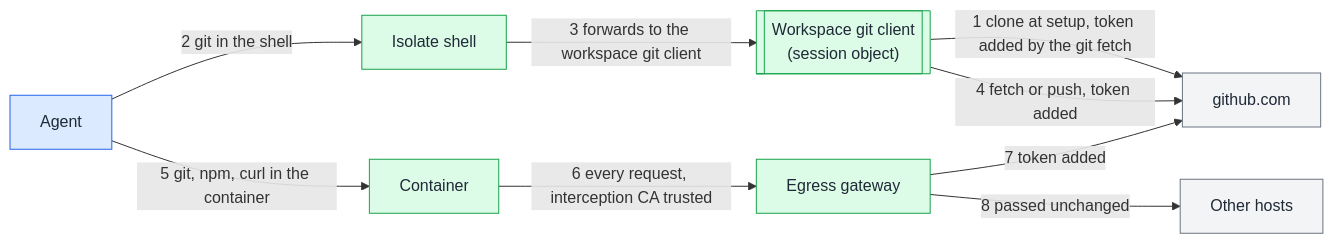
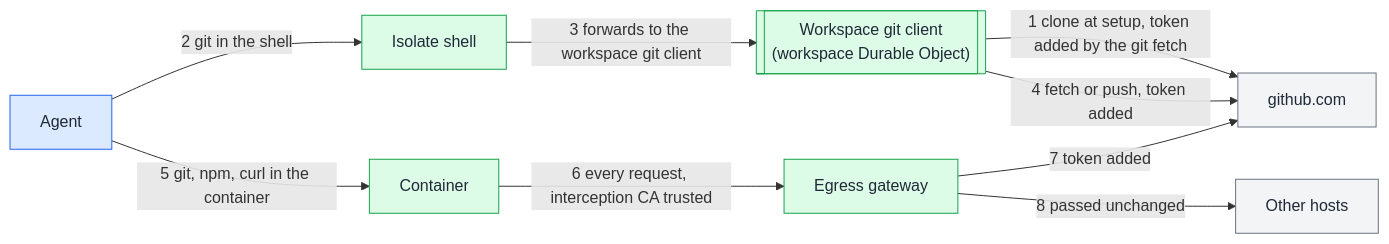
The diagram in docs/technical-design/providers/cloudflare/computer-workspace.md (asermax/tentacles), drawn with Mermaid before and after one commit. The commit also changed other lines of this file and 9 other files, not shown here.

Commit message:
docs: pair a workspace object in its own Worker with each session and set up the workspace at spawn

````diff
--- a/docs/technical-design/providers/cloudflare/computer-workspace.md
+++ b/docs/technical-design/providers/cloudflare/computer-workspace.md
@@ -46,25 +48,25 @@
 ```mermaid
 flowchart LR
   ag@{ shape: rect, label: "Agent" }
   so@{ shape: subproc, label: "Workspace git client
-  (session object)" }
+  (workspace Durable Object)" }
   sh@{ shape: rect, label: "Isolate shell" }
   ct@{ shape: rect, label: "Container" }
   gw@{ shape: rect, label: "Egress gateway" }
   gh@{ shape: rect, label: "github.com" }
   oh@{ shape: rect, label: "Other hosts" }
   so -->|"1 clone at setup, token added by the git fetch"| gh
   ag -->|"2 git in the shell"| sh
   sh -->|"3 forwards to the workspace git client"| so
   so -->|"4 fetch or push, token added"| gh
   ag -->|"5 git, npm, curl in the container"| ct
   ct -->|"6 every request, interception CA trusted"| gw
   gw -->|"7 token added"| gh
   gw -->|"8 passed unchanged"| oh
   classDef worker fill:#dbeafe,stroke:#2563eb,color:#1f2937
   classDef flow fill:#dcfce7,stroke:#16a34a,color:#1f2937
   classDef ext fill:#f3f4f6,stroke:#6b7280,color:#1f2937
   class ag worker
   class so,sh,ct,gw flow
   class gh,oh ext
 ```
````
